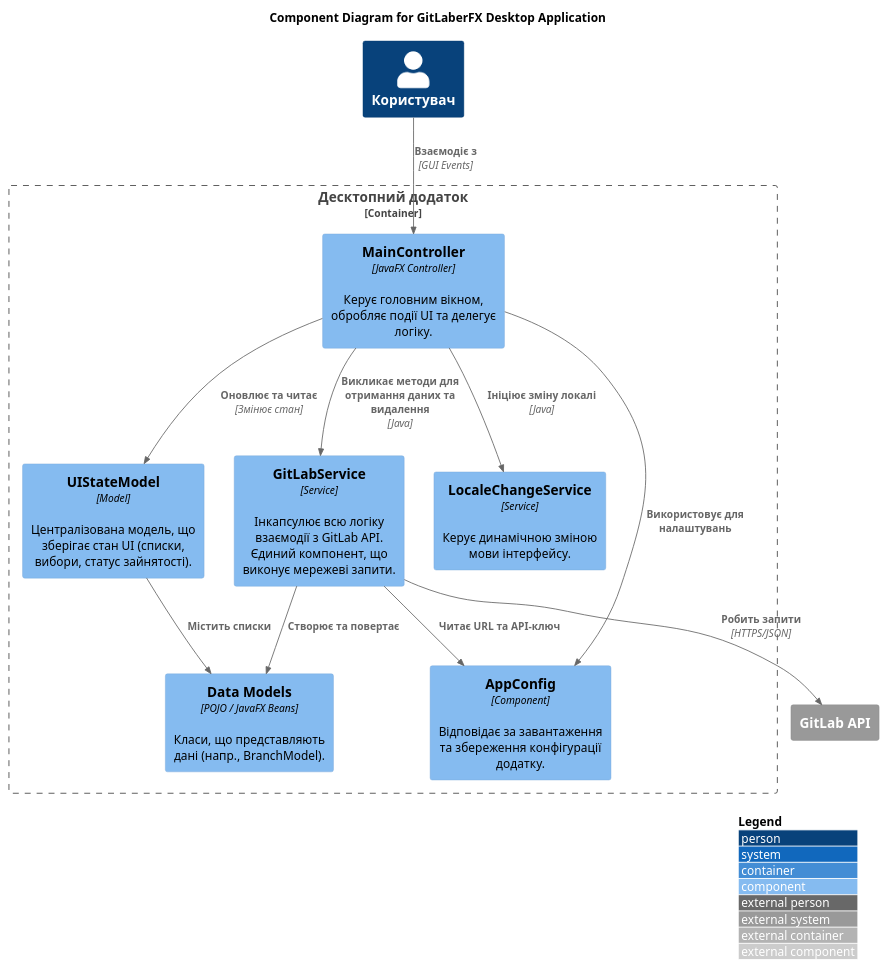
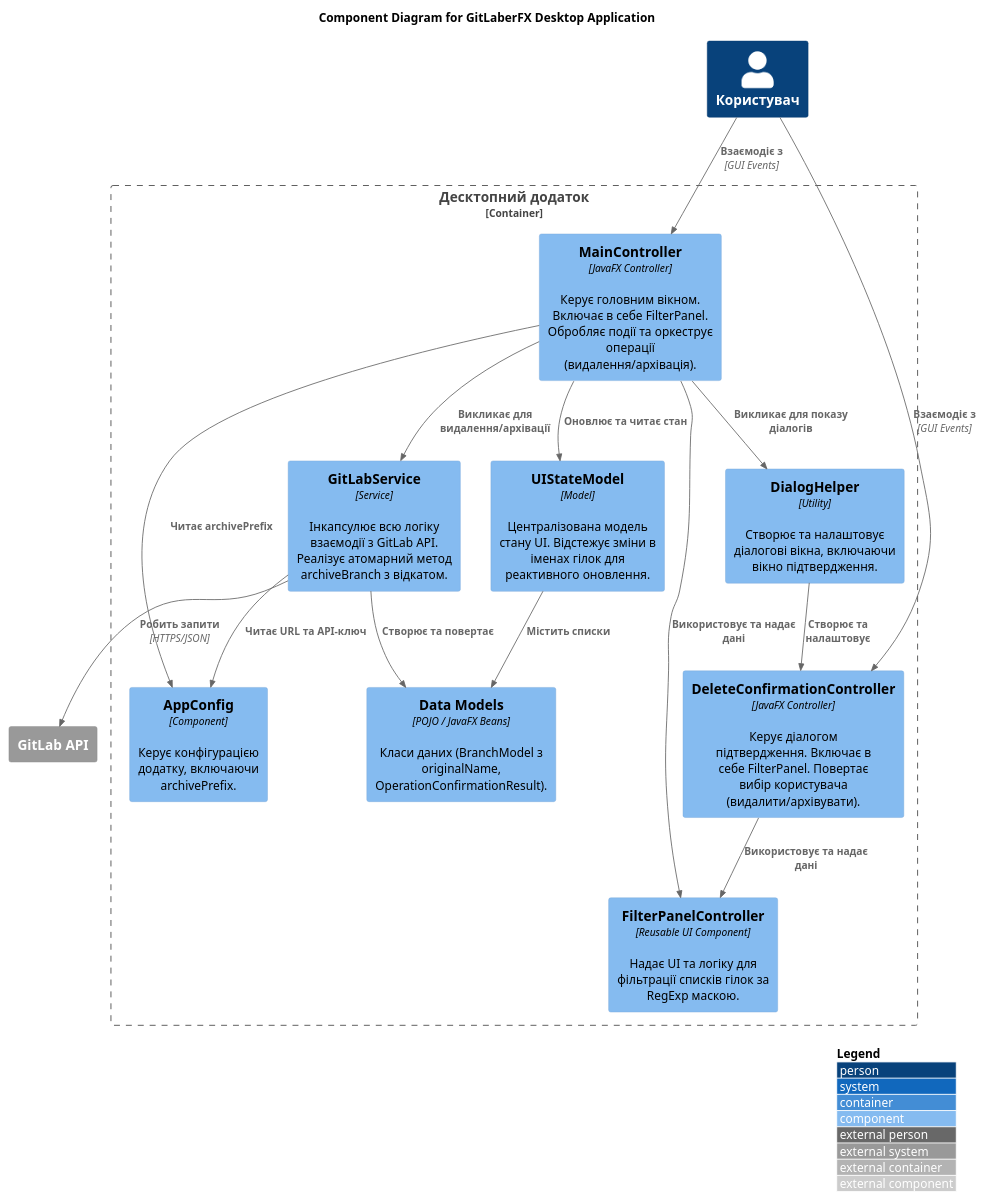
Before and after one commit to pashkazp/gitlaberfx: the diagram in src/main/docs/C4_component.puml, drawn with PlantUML. The commit also changed 10 other files, not shown here.

Commit message:
Remove technical spec for GitLab Branch Manager and update branch operation diagrams to include archiving functionality. Update README and documentation with support for branch archiving and filtering by regex.

```diff
--- a/src/main/docs/C4_component.puml
+++ b/src/main/docs/C4_component.puml
@@ -1,37 +1,45 @@
 @startuml
 !include <C4/C4_Component>
 
 LAYOUT_WITH_LEGEND()
 
 title Component Diagram for GitLaberFX Desktop Application
 
 Person(user, "Користувач")
 System_Ext(gitlab_api, "GitLab API")
 
 Container_Boundary(app, "Десктопний додаток") {
 
-    Component(main_controller, "MainController", "JavaFX Controller", "Керує головним вікном, обробляє події UI та делегує логіку.")
-    Component(ui_state_model, "UIStateModel", "Model", "Централізована модель, що зберігає стан UI (списки, вибори, статус зайнятості).")
+    Component(main_controller, "MainController", "JavaFX Controller", "Керує головним вікном. Включає в себе FilterPanel. Обробляє події та оркеструє операції (видалення/архівація).")
+    Component(confirmation_controller, "DeleteConfirmationController", "JavaFX Controller", "Керує діалогом підтвердження. Включає в себе FilterPanel. Повертає вибір користувача (видалити/архівувати).")
+    Component(filter_panel, "FilterPanelController", "Reusable UI Component", "Надає UI та логіку для фільтрації списків гілок за RegExp маскою.")
 
-    Component(gitlab_service, "GitLabService", "Service", "Інкапсулює всю логіку взаємодії з GitLab API. Єдиний компонент, що виконує мережеві запити.")
-    Component(locale_service, "LocaleChangeService", "Service", "Керує динамічною зміною мови інтерфейсу.")
+    Component(ui_state_model, "UIStateModel", "Model", "Централізована модель стану UI. Відстежує зміни в іменах гілок для реактивного оновлення.")
+    Component(domain_models, "Data Models", "POJO / JavaFX Beans", "Класи даних (BranchModel з originalName, OperationConfirmationResult).")
 
-    Component(config_component, "AppConfig", "Component", "Відповідає за завантаження та збереження конфігурації додатку.")
-
-    Component(domain_models, "Data Models", "POJO / JavaFX Beans", "Класи, що представляють дані (напр., BranchModel).")
+    Component(gitlab_service, "GitLabService", "Service", "Інкапсулює всю логіку взаємодії з GitLab API. Реалізує атомарний метод archiveBranch з відкатом.")
+    Component(dialog_helper, "DialogHelper", "Utility", "Створює та налаштовує діалогові вікна, включаючи вікно підтвердження.")
+    Component(config_component, "AppConfig", "Component", "Керує конфігурацією додатку, включаючи archivePrefix.")
 
     Rel(user, main_controller, "Взаємодіє з", "GUI Events")
+    Rel(user, confirmation_controller, "Взаємодіє з", "GUI Events")
 
-    Rel(main_controller, ui_state_model, "Оновлює та читає", "Змінює стан")
-    Rel(main_controller, gitlab_service, "Викликає методи для отримання даних та видалення", "Java")
-    Rel(main_controller, locale_service, "Ініціює зміну локалі", "Java")
-    Rel(main_controller, config_component, "Використовує для налаштувань")
+    Rel(main_controller, filter_panel, "Використовує та надає дані")
+    Rel(confirmation_controller, filter_panel, "Використовує та надає дані")
+
+    Rel(main_controller, dialog_helper, "Викликає для показу діалогів")
+    Rel(dialog_helper, confirmation_controller, "Створює та налаштовує")
+
+    Rel(main_controller, ui_state_model, "Оновлює та читає стан")
+    Rel(main_controller, gitlab_service, "Викликає для видалення/архівації")
+    Rel(main_controller, config_component, "Читає archivePrefix")
 
     Rel(gitlab_service, gitlab_api, "Робить запити", "HTTPS/JSON")
     Rel(gitlab_service, config_component, "Читає URL та API-ключ")
     Rel(gitlab_service, domain_models, "Створює та повертає")
 
     Rel(ui_state_model, domain_models, "Містить списки")
+
 }
 
 @enduml
```
